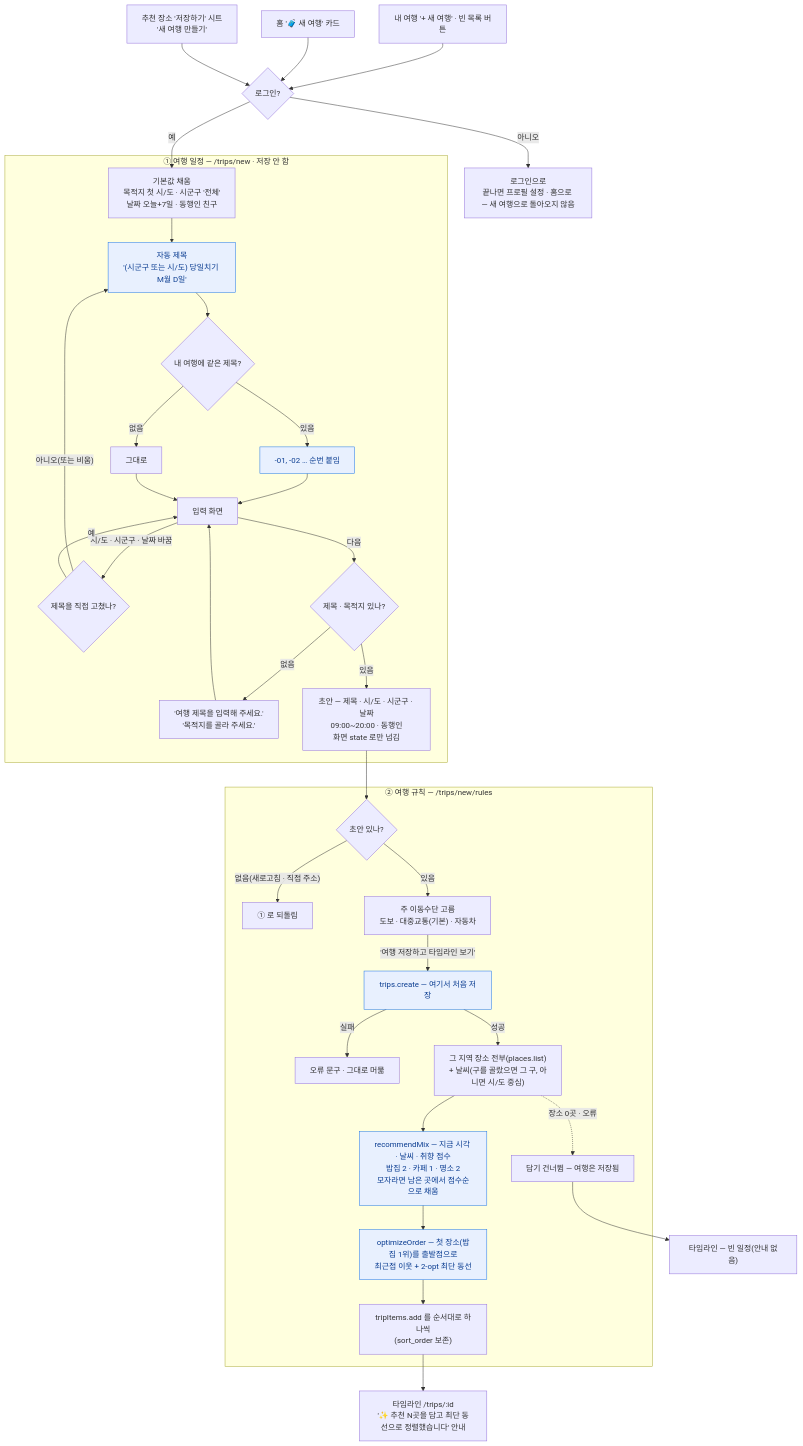
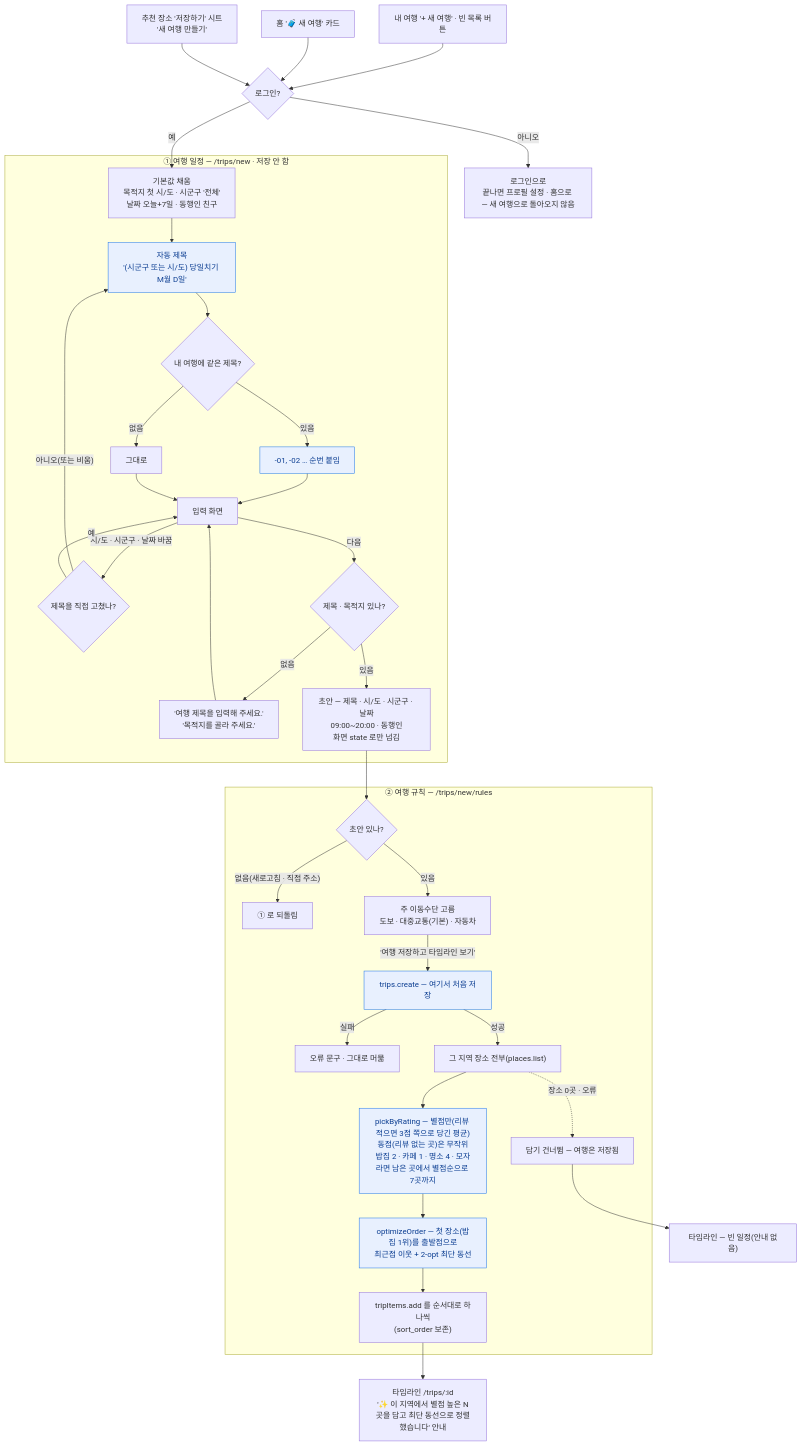
Before and after one commit to wisecomm/oneday-trip: the diagram in 플로챠트/여행-만들기.md, drawn with Mermaid. The commit also changed other lines of this file and 13 other files, not shown here.

````diff
--- a/플로챠트/여행-만들기.md
+++ b/플로챠트/여행-만들기.md
@@ -14,42 +14,42 @@
 ```mermaid
 flowchart TD
     E1["내 여행 '+ 새 여행' · 빈 목록 버튼"] --> G{"로그인?"}
     E2["홈 '🧳 새 여행' 카드"] --> G
     E3["추천 장소 '저장하기' 시트<br/>'새 여행 만들기'"] --> G
     G -- "아니오" --> L["로그인으로<br/>끝나면 프로필 설정 · 홈으로 — 새 여행으로 돌아오지 않음"]
     G -- "예" --> S1
 
     subgraph A["① 여행 일정 — /trips/new · 저장 안 함"]
         S1["기본값 채움<br/>목적지 첫 시/도 · 시군구 '전체'<br/>날짜 오늘+7일 · 동행인 친구"] --> T1["자동 제목<br/>'(시군구 또는 시/도) 당일치기 M월 D일'"]:::dec
         T1 --> T2{"내 여행에 같은 제목?"}
         T2 -- "있음" --> T3["-01, -02 … 순번 붙임"]:::dec
         T2 -- "없음" --> T4["그대로"]
         T3 --> F["입력 화면"]
         T4 --> F
         F -- "시/도 · 시군구 · 날짜 바꿈" --> T5{"제목을 직접 고쳤나?"}
         T5 -- "아니오(또는 비움)" --> T1
         T5 -- "예" --> F
         F -- "다음" --> V{"제목 · 목적지 있나?"}
         V -- "없음" --> VE["'여행 제목을 입력해 주세요.'<br/>'목적지를 골라 주세요.'"] --> F
         V -- "있음" --> D["초안 — 제목 · 시/도 · 시군구 · 날짜<br/>09:00~20:00 · 동행인<br/>화면 state 로만 넘김"]
     end
 
     D --> R0
 
     subgraph B["② 여행 규칙 — /trips/new/rules"]
         R0{"초안 있나?"} -- "없음(새로고침 · 직접 주소)" --> RB["① 로 되돌림"]
         R0 -- "있음" --> R1["주 이동수단 고름<br/>도보 · 대중교통(기본) · 자동차"]
         R1 -- "'여행 저장하고 타임라인 보기'" --> R2["trips.create — 여기서 처음 저장"]:::dec
         R2 -- "실패" --> RE["오류 문구 · 그대로 머묾"]
-        R2 -- "성공" --> P1["그 지역 장소 전부(places.list)<br/>+ 날씨(구를 골랐으면 그 구, 아니면 시/도 중심)"]
-        P1 --> P2["recommendMix — 지금 시각 · 날씨 · 취향 점수<br/>밥집 2 · 카페 1 · 명소 2<br/>모자라면 남은 곳에서 점수순으로 채움"]:::dec
+        R2 -- "성공" --> P1["그 지역 장소 전부(places.list)"]
+        P1 --> P2["pickByRating — 별점만(리뷰 적으면 3점 쪽으로 당긴 평균)<br/>동점(리뷰 없는 곳)은 무작위<br/>밥집 2 · 카페 1 · 명소 4 · 모자라면 남은 곳에서 별점순으로 7곳까지"]:::dec
         P2 --> P3["optimizeOrder — 첫 장소(밥집 1위)를 출발점으로<br/>최근접 이웃 + 2-opt 최단 동선"]:::dec
         P3 --> P4["tripItems.add 를 순서대로 하나씩<br/>(sort_order 보존)"]
         P1 -. "장소 0곳 · 오류" .-> P5["담기 건너뜀 — 여행은 저장됨"]
     end
 
-    P4 --> TL["타임라인 /trips/:id<br/>'✨ 추천 N곳을 담고 최단 동선으로 정렬했습니다' 안내"]
+    P4 --> TL["타임라인 /trips/:id<br/>'✨ 이 지역에서 별점 높은 N곳을 담고 최단 동선으로 정렬했습니다' 안내"]
     P5 --> TL0["타임라인 — 빈 일정(안내 없음)"]
 
     classDef dec fill:#e8f0fe,stroke:#1a73e8,color:#0b3d91
 ```
````
